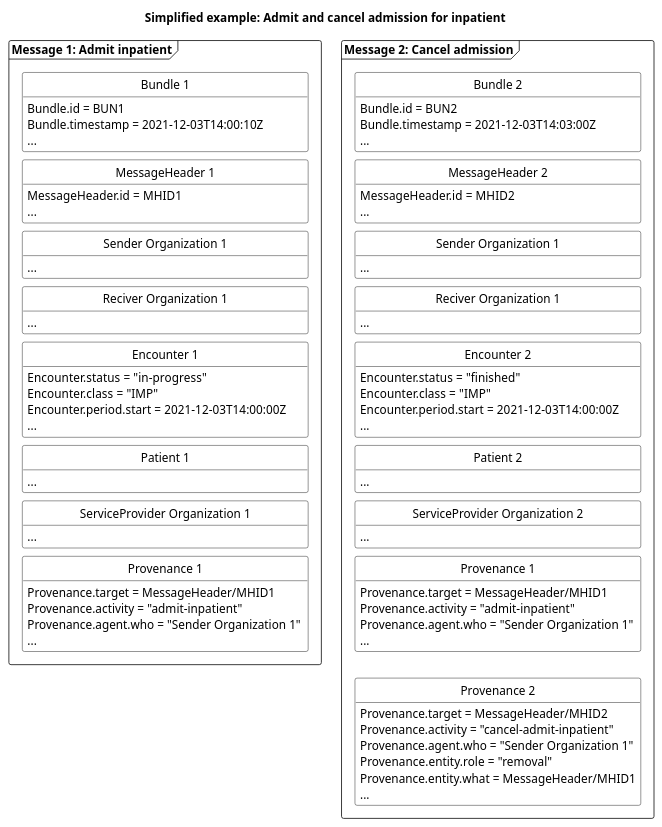
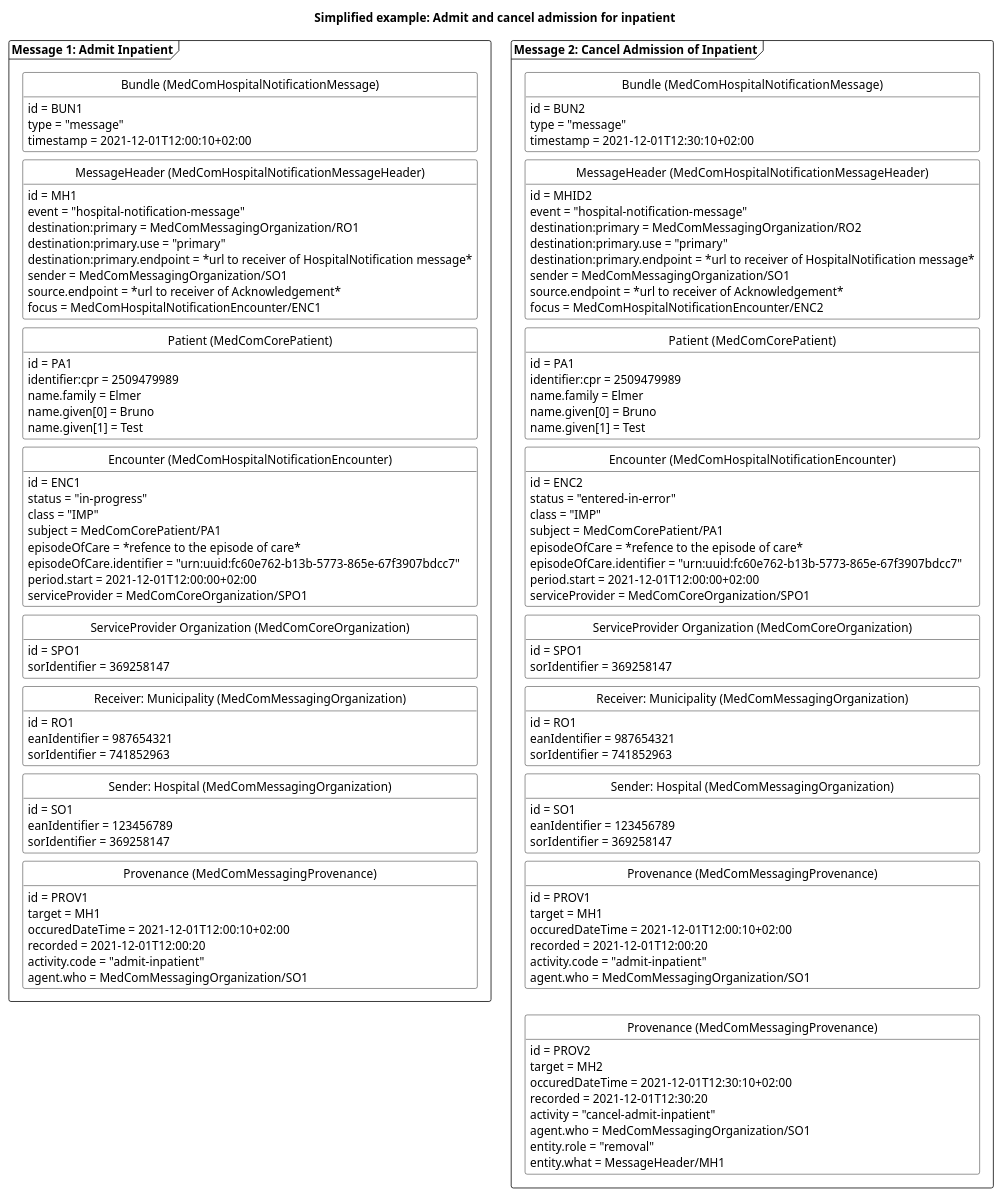
The diagram in puml/HospitalNotificationAdmitEnteredInError.puml (medcomdk/dk-medcom-hospitalnotification), drawn with PlantUML before and after one commit. The commit also changed 7 other files, not shown here.

```diff
--- a/puml/HospitalNotificationAdmitEnteredInError.puml
+++ b/puml/HospitalNotificationAdmitEnteredInError.puml
@@ -1,122 +1,165 @@
 @startuml HNAdmitEnteredInError
 
 'layout
 skinparam class {
     BackgroundColor White
     BorderColor Black
     ArrowColor Black
   }
 hide circle
 hide empty members
 skinparam SameClassWidth true
 skinparam Ranksep 10
 
 
 'title
 title Simplified example: Admit and cancel admission for inpatient
 
 'Message 1: Admit inpatient
-package "Message 1: Admit inpatient" as admit <<Frame>>{
-    class "Bundle 1" as admitB {
-        Bundle.id = BUN1
-        Bundle.timestamp = 2021-12-03T14:00:10Z
-        ...
+package "Message 1: Admit Inpatient" as admit <<Frame>>{
+    class "Bundle (MedComHospitalNotificationMessage)" as admitB{
+        id = BUN1
+        type = "message"
+        timestamp = 2021-12-01T12:00:10+02:00
     }
-    class "MessageHeader 1" as admitMH{
-        MessageHeader.id = MHID1
-        ...
+    class "MessageHeader (MedComHospitalNotificationMessageHeader)" as admitMH{
+        id = MH1
+        event = "hospital-notification-message"
+        destination:primary = MedComMessagingOrganization/RO1
+        destination:primary.use = "primary"
+        destination:primary.endpoint = *url to receiver of HospitalNotification message*
+        sender = MedComMessagingOrganization/SO1
+        source.endpoint = *url to receiver of Acknowledgement*
+        focus = MedComHospitalNotificationEncounter/ENC1
     }
-    class "Sender Organization 1" as admitSOrg{
-        ...
+    class "Patient (MedComCorePatient)" as admitPT{
+        id = PA1
+        identifier:cpr = 2509479989
+        name.family = Elmer
+        name.given[0] = Bruno
+        name.given[1] = Test
     }
-    class "Reciver Organization 1" as admitROrg{
-        ...
+    class "Encounter (MedComHospitalNotificationEncounter)" as admitENC{
+        id = ENC1
+        status = "in-progress"
+        class = "IMP"
+        subject = MedComCorePatient/PA1
+        episodeOfCare = *refence to the episode of care*
+        episodeOfCare.identifier = "urn:uuid:fc60e762-b13b-5773-865e-67f3907bdcc7"
+        period.start = 2021-12-01T12:00:00+02:00
+        serviceProvider = MedComCoreOrganization/SPO1
+    }    
+    class "ServiceProvider Organization (MedComCoreOrganization)" as admitSPOrg{
+        id = SPO1
+        sorIdentifier = 369258147
     }
-    class "Encounter 1" as admitENC{
-        Encounter.status = "in-progress"
-        Encounter.class = "IMP"
-        Encounter.period.start = 2021-12-03T14:00:00Z
-        ...
+    class "Receiver: Municipality (MedComMessagingOrganization)" as admitROrg{
+        id = RO1
+        eanIdentifier = 987654321
+        sorIdentifier = 741852963
     }
-    class "Patient 1" as admitPT{
-        ...
+    class "Sender: Hospital (MedComMessagingOrganization)" as admitSOrg{
+        id = SO1
+        eanIdentifier = 123456789
+        sorIdentifier = 369258147
     }
-    class "ServiceProvider Organization 1" as admitSPOrg{
-        ...
-    }
-    class "Provenance 1" as admitPRO{
-        Provenance.target = MessageHeader/MHID1
-        Provenance.activity = "admit-inpatient"
-        Provenance.agent.who = "Sender Organization 1"
-        ...
+    class "Provenance  (MedComMessagingProvenance)" as admitPRO{
+        id = PROV1
+        target = MH1
+        occuredDateTime = 2021-12-01T12:00:10+02:00
+        recorded = 2021-12-01T12:00:20
+        activity.code = "admit-inpatient"
+        agent.who = MedComMessagingOrganization/SO1
     }
 
 admitB -[hidden]- admitMH
-admitMH -[hidden]- admitSOrg
-admitSOrg-[hidden]-admitROrg
-admitROrg-[hidden]-admitENC
-admitENC-[hidden]-admitPT
-admitPT-[hidden]-admitSPOrg
-admitSPOrg-[hidden]-admitPRO
-
+admitMH-[hidden]-admitPT
+admitPT-[hidden]-admitENC
+admitENC-[hidden]-admitSPOrg
+admitSPOrg-[hidden]-admitROrg
+admitROrg-[hidden]-admitSOrg
+admitSOrg-[hidden]-admitPRO
 }
 
 'Message 2: Entered in Error inpatient
-package "Message 2: Cancel admission" as error <<Frame>> {
-    class "Bundle 2" as errorB {
-        Bundle.id = BUN2
-        Bundle.timestamp = 2021-12-03T14:03:00Z
-        ...
+package "Message 2: Cancel Admission of Inpatient" as error <<Frame>> {
+class "Bundle  (MedComHospitalNotificationMessage)" as errorB{
+        id = BUN2
+        type = "message"
+        timestamp = 2021-12-01T12:30:10+02:00
     }
-    class "MessageHeader 2" as errorMH{
-        MessageHeader.id = MHID2
-        ...
+    class "MessageHeader  (MedComHospitalNotificationMessageHeader)" as errorMH{
+        id = MHID2
+        event = "hospital-notification-message"
+        destination:primary = MedComMessagingOrganization/RO2
+        destination:primary.use = "primary"
+        destination:primary.endpoint = *url to receiver of HospitalNotification message*
+        sender = MedComMessagingOrganization/SO1
+        source.endpoint = *url to receiver of Acknowledgement*
+        focus = MedComHospitalNotificationEncounter/ENC2
     }
-    class "Sender Organization 1" as errorSOrg{
-        ...
+    class "Patient  (MedComCorePatient)" as errorPT{
+        id = PA1
+        identifier:cpr = 2509479989
+        name.family = Elmer
+        name.given[0] = Bruno
+        name.given[1] = Test
     }
-    class "Reciver Organization 1" as errorROrg{
-        ...
+    class "Encounter  (MedComHospitalNotificationEncounter)" as errorENC{
+        id = ENC2
+        status = "entered-in-error"
+        class = "IMP"
+        subject = MedComCorePatient/PA1
+        episodeOfCare = *refence to the episode of care*
+        episodeOfCare.identifier = "urn:uuid:fc60e762-b13b-5773-865e-67f3907bdcc7"
+        period.start = 2021-12-01T12:00:00+02:00
+        serviceProvider = MedComCoreOrganization/SPO1
     }
-    class "Encounter 2" as errorENC{
-        Encounter.status = "finished"
-        Encounter.class = "IMP"        
-        Encounter.period.start = 2021-12-03T14:00:00Z
-        ...
+    class "ServiceProvider Organization (MedComCoreOrganization)" as errorSPOrg{
+        id = SPO1 
+        sorIdentifier = 369258147
+    }    
+    class "Receiver: Municipality (MedComMessagingOrganization)" as errorROrg{
+        id = RO1
+        eanIdentifier = 987654321
+        sorIdentifier = 741852963
     }
-    class "Patient 2" as errorPT{
-        ...
+    class "Sender: Hospital (MedComMessagingOrganization)" as errorSOrg{
+        id = SO1
+        eanIdentifier = 123456789
+        sorIdentifier = 369258147
+    }    
+    class "Provenance (MedComMessagingProvenance)" as admiterrorPRO{
+        id = PROV1
+        target = MH1
+        occuredDateTime = 2021-12-01T12:00:10+02:00
+        recorded = 2021-12-01T12:00:20
+        activity.code = "admit-inpatient"
+        agent.who = MedComMessagingOrganization/SO1
     }
-    class "ServiceProvider Organization 2" as errorSPOrg{
-        ...
-    }
-    class "Provenance 1" as admiterrorPRO{
-        Provenance.target = MessageHeader/MHID1
-        Provenance.activity = "admit-inpatient"        
-        Provenance.agent.who = "Sender Organization 1"
-        ...
-    }
-    class "Provenance 2" as errorPRO{
-        Provenance.target = MessageHeader/MHID2
-        Provenance.activity = "cancel-admit-inpatient"
-        Provenance.agent.who = "Sender Organization 1"
-        Provenance.entity.role = "removal"
-        Provenance.entity.what = MessageHeader/MHID1
-        ...
+    class "Provenance (MedComMessagingProvenance)" as errorPRO{
+        id = PROV2        
+        target = MH2
+        occuredDateTime = 2021-12-01T12:30:10+02:00
+        recorded = 2021-12-01T12:30:20
+        activity = "cancel-admit-inpatient"
+        agent.who = MedComMessagingOrganization/SO1
+        entity.role = "removal"
+        entity.what = MessageHeader/MH1
     }
 errorB-[hidden]-errorMH
-errorMH-[hidden]-errorSOrg
-errorSOrg-[hidden]-errorROrg
-errorROrg-[hidden]-errorENC
-errorENC-[hidden]-errorPT
-errorPT-[hidden]-errorSPOrg
-errorSPOrg-[hidden]-admiterrorPRO
+errorMH-[hidden]-errorPT
+errorPT-[hidden]-errorENC
+errorENC-[hidden]-errorSPOrg
+errorSPOrg-[hidden]-errorROrg
+errorROrg-[hidden]-errorSOrg
+errorSOrg-[hidden]-admiterrorPRO
 admiterrorPRO-[hidden]-errorPRO
 
 }
 
 ' pile mellem de to beskeder
 ' admit --> error
 
 
 @enduml
```
